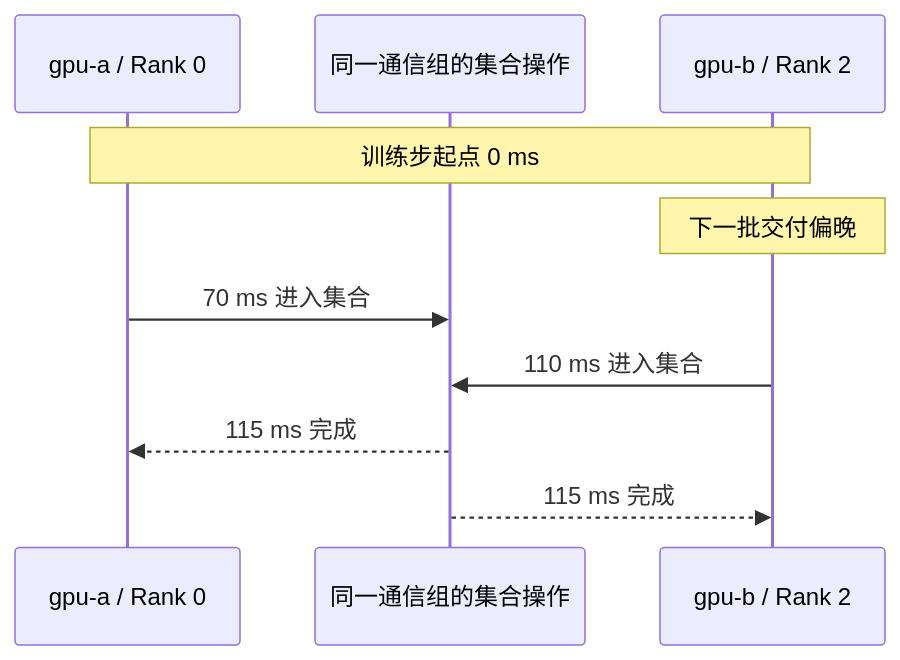
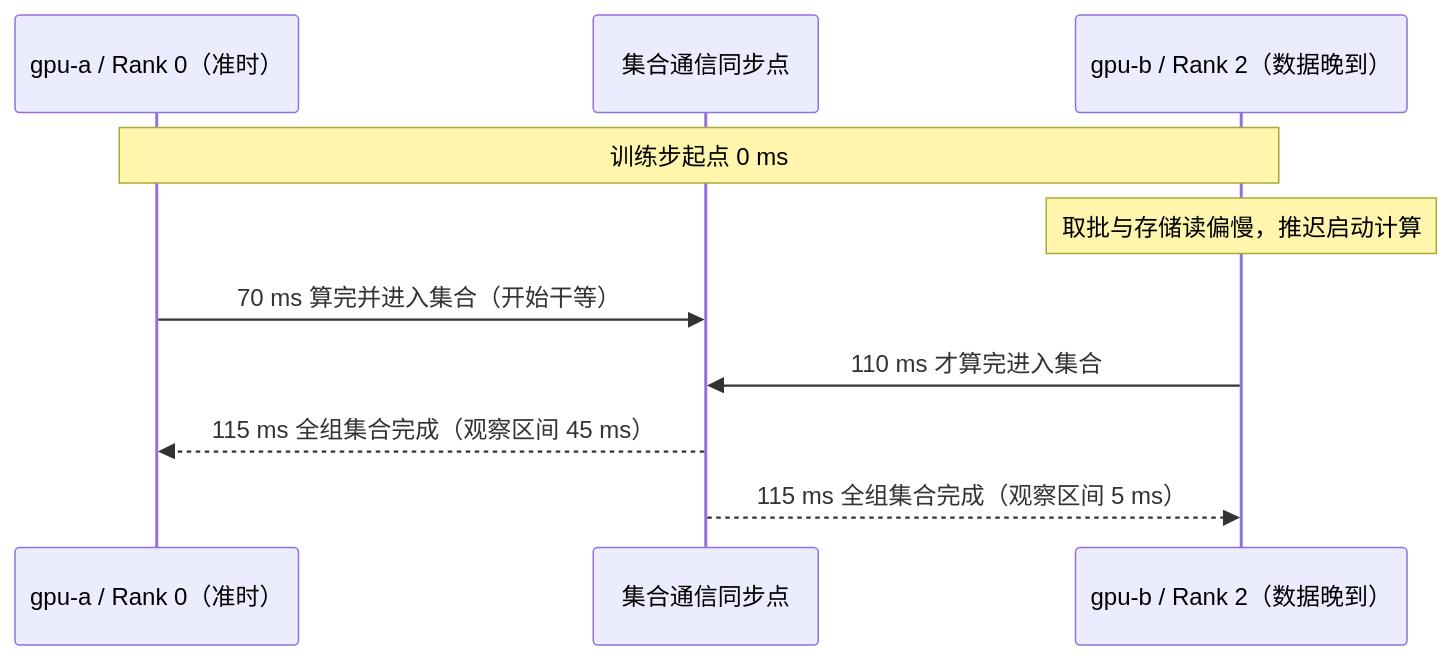
One commit to realtyz/ops-manual changed the diagram in AI-Infra/09_GPU的数据从哪里来_存储与IO/06_多 Rank 时间线与数据等待定位.md. Above: the diagram before and after it, drawn with Mermaid. The commit also changed other lines of this file and 194 other files, not shown here.

````diff
--- a/AI-Infra/09_GPU的数据从哪里来_存储与IO/06_多 Rank 时间线与数据等待定位.md
+++ b/AI-Infra/09_GPU的数据从哪里来_存储与IO/06_多 Rank 时间线与数据等待定位.md
@@ -23,12 +30,13 @@
 ```mermaid
 sequenceDiagram
-    participant A as gpu-a / Rank 0
-    participant C as 同一通信组的集合操作
-    participant B as gpu-b / Rank 2
+    accDescr: 展示单 Rank 数据晚到导致通信等待传染的时序：Rank 0 在 70 ms 进入集合，Rank 2 在 110 ms 进入集合，全组 115 ms 完成，揭示 40 ms 虚假通信耗时实为等待慢成员。
+    participant A as gpu-a / Rank 0（准时）
+    participant C as 集合通信同步点
+    participant B as gpu-b / Rank 2（数据晚到）
     Note over A,B: 训练步起点 0 ms
-    Note over B: 下一批交付偏晚
-    A->>C: 70 ms 进入集合
-    B->>C: 110 ms 进入集合
-    C-->>A: 115 ms 完成
-    C-->>B: 115 ms 完成
+    Note over B: 取批与存储读偏慢，推迟启动计算
+    A->>C: 70 ms 算完并进入集合（开始干等）
+    B->>C: 110 ms 才算完进入集合
+    C-->>A: 115 ms 全组集合完成（观察区间 45 ms）
+    C-->>B: 115 ms 全组集合完成（观察区间 5 ms）
 ```
````
